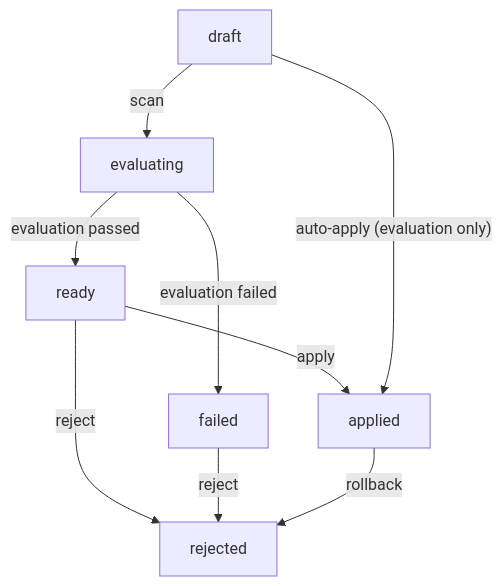
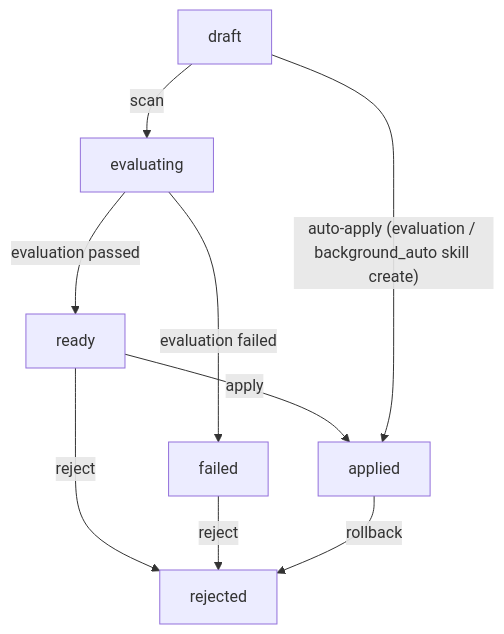
The second of 8 diagrams in docs/ora-self-iteration-loop.md (cemeworm/Ora), drawn with Mermaid before and after one commit. The commit also changed other lines of this file and 4 other files, not shown here.

````diff
--- a/docs/ora-self-iteration-loop.md
+++ b/docs/ora-self-iteration-loop.md
@@ -127,11 +127,11 @@
 ```mermaid
 flowchart TD
     DRAFT["draft"] -->|"scan"| EVAL["evaluating"]
     EVAL -->|"evaluation passed"| READY["ready"]
     EVAL -->|"evaluation failed"| FAILED["failed"]
     READY -->|"apply"| APPLIED["applied"]
     READY -->|"reject"| REJECTED["rejected"]
     FAILED -->|"reject"| REJECTED
-    DRAFT -->|"auto-apply (evaluation only)"| APPLIED
+    DRAFT -->|"auto-apply (evaluation / background_auto skill create)"| APPLIED
     APPLIED -->|"rollback"| REJECTED
 ```
````
